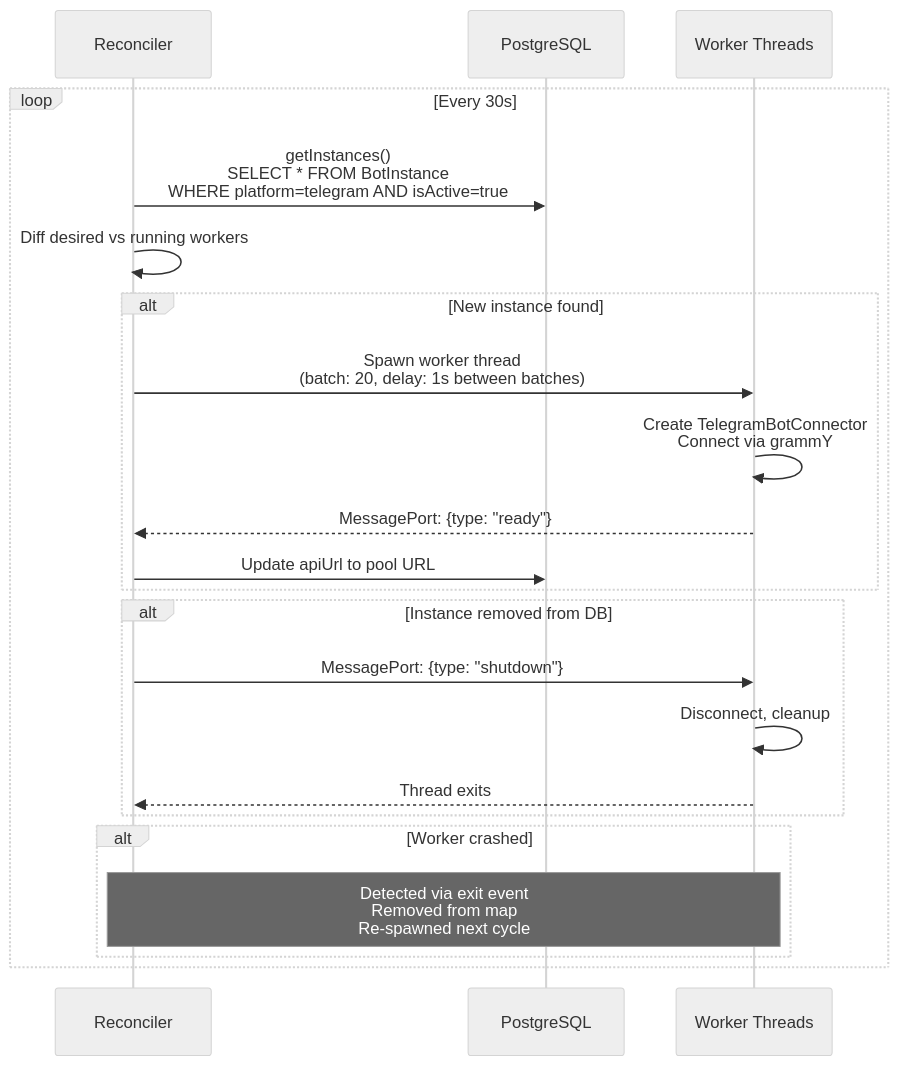
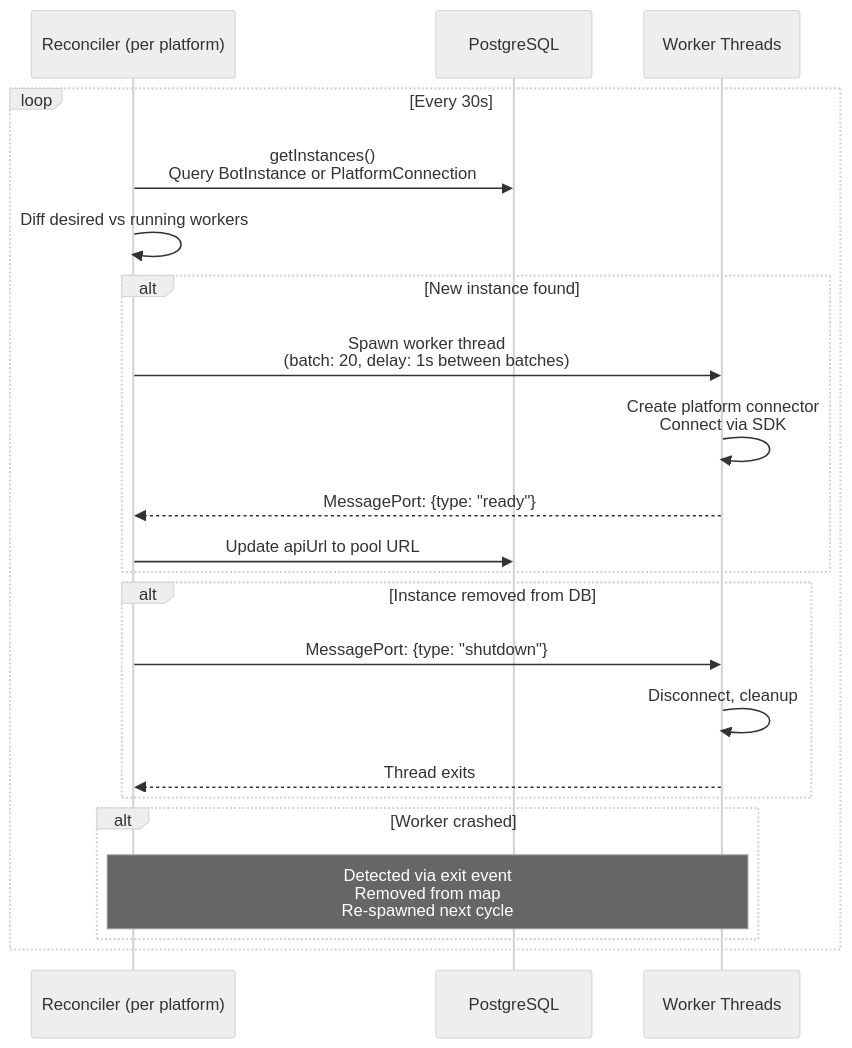
One commit to kolezka/flowbot changed the eighth of 10 diagrams in docs/system-design.md. Above: the diagram before and after it, drawn with Mermaid (neutral theme). The commit also changed other lines of this file and 1 other file, not shown here.

First line of the commit message:
docs: update README and system-design for unified connector pool

````diff
--- a/docs/system-design.md
+++ b/docs/system-design.md
@@ -236,28 +248,28 @@
 ```mermaid
 sequenceDiagram
-    participant R as Reconciler
+    participant R as Reconciler (per platform)
     participant DB as PostgreSQL
     participant W as Worker Threads
 
     loop Every 30s
-        R->>DB: getInstances()<br/>SELECT * FROM BotInstance<br/>WHERE platform=telegram AND isActive=true
+        R->>DB: getInstances()<br/>Query BotInstance or PlatformConnection
         R->>R: Diff desired vs running workers
 
         alt New instance found
             R->>W: Spawn worker thread<br/>(batch: 20, delay: 1s between batches)
-            W->>W: Create TelegramBotConnector<br/>Connect via grammY
+            W->>W: Create platform connector<br/>Connect via SDK
             W-->>R: MessagePort: {type: "ready"}
             R->>DB: Update apiUrl to pool URL
         end
 
         alt Instance removed from DB
             R->>W: MessagePort: {type: "shutdown"}
             W->>W: Disconnect, cleanup
             W-->>R: Thread exits
         end
 
         alt Worker crashed
             Note over R,W: Detected via exit event<br/>Removed from map<br/>Re-spawned next cycle
         end
     end
 ```
````
